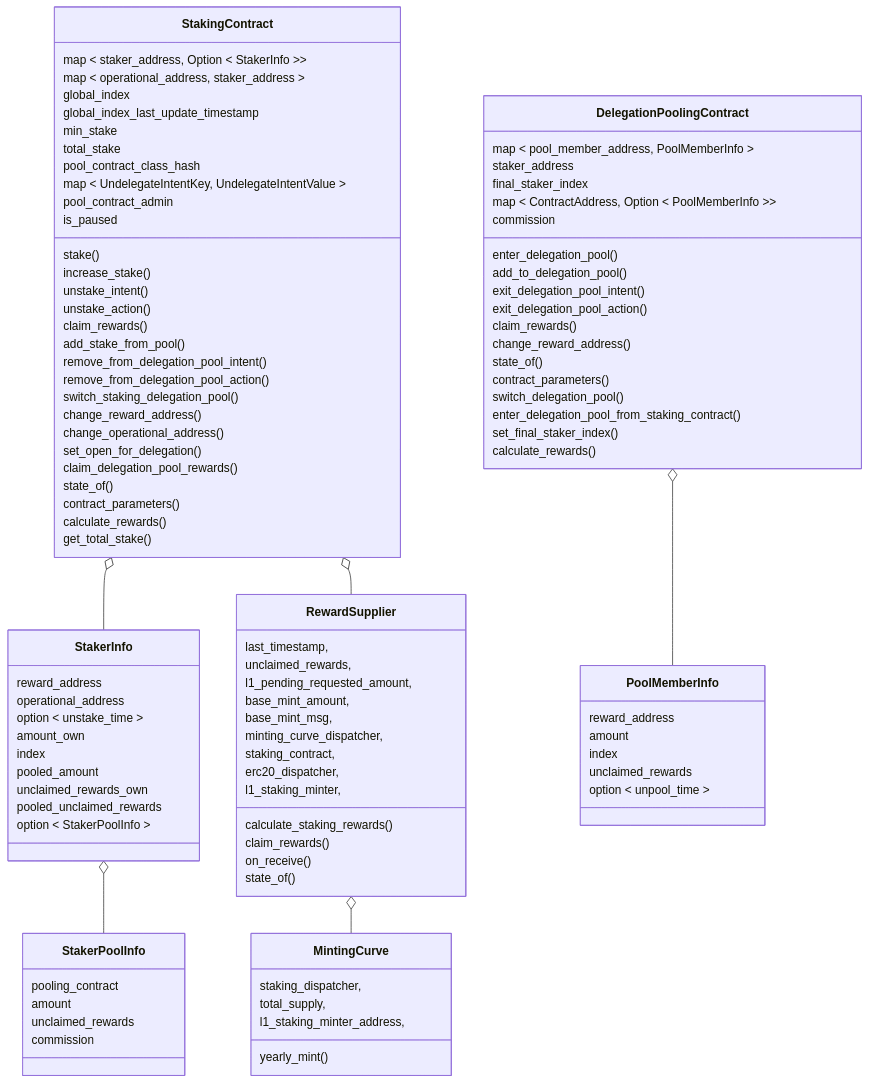
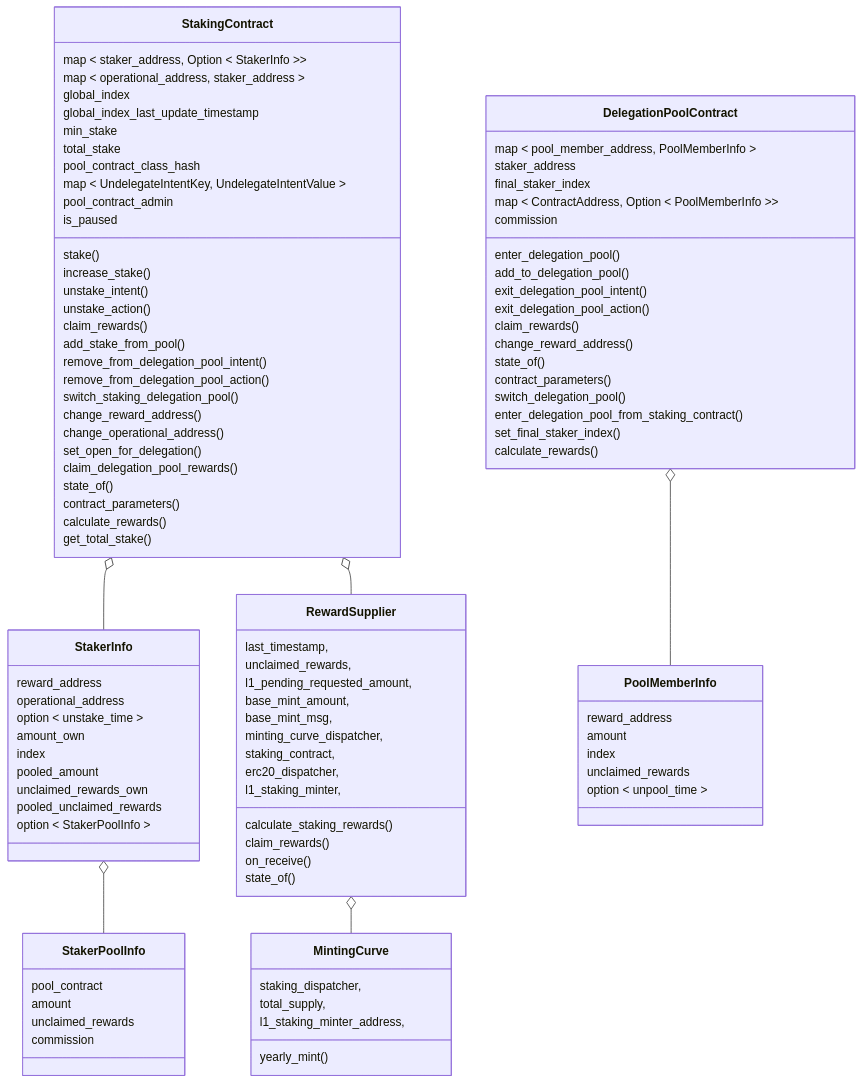
Before and after one commit to starkware-libs/starknet-staking: the first of 8 diagrams in workspace/apps/staking/docs/spec.md, drawn with Mermaid. The commit also changed other lines of this file and 16 other files, not shown here.

Commit message:
fix(staking): change pooling to pool (#1704)

````diff
--- a/workspace/apps/staking/docs/spec.md
+++ b/workspace/apps/staking/docs/spec.md
@@ -163,7 +163,7 @@
     get_total_stake()
 
   }
-  class DelegationPoolingContract{
+  class DelegationPoolContract{
     map < pool_member_address, PoolMemberInfo >
     staker_address
     final_staker_index
@@ -194,7 +194,7 @@
     option < StakerPoolInfo >
   }
   class StakerPoolInfo{
-    pooling_contract
+    pool_contract
     amount
     unclaimed_rewards
     commission
@@ -229,7 +229,7 @@
   }
   StakingContract o-- StakerInfo
   StakerInfo o-- StakerPoolInfo
-  DelegationPoolingContract o-- PoolMemberInfo
+  DelegationPoolContract o-- PoolMemberInfo
   StakingContract o-- RewardSupplier
   RewardSupplier o-- MintingCurve
 ```
````
